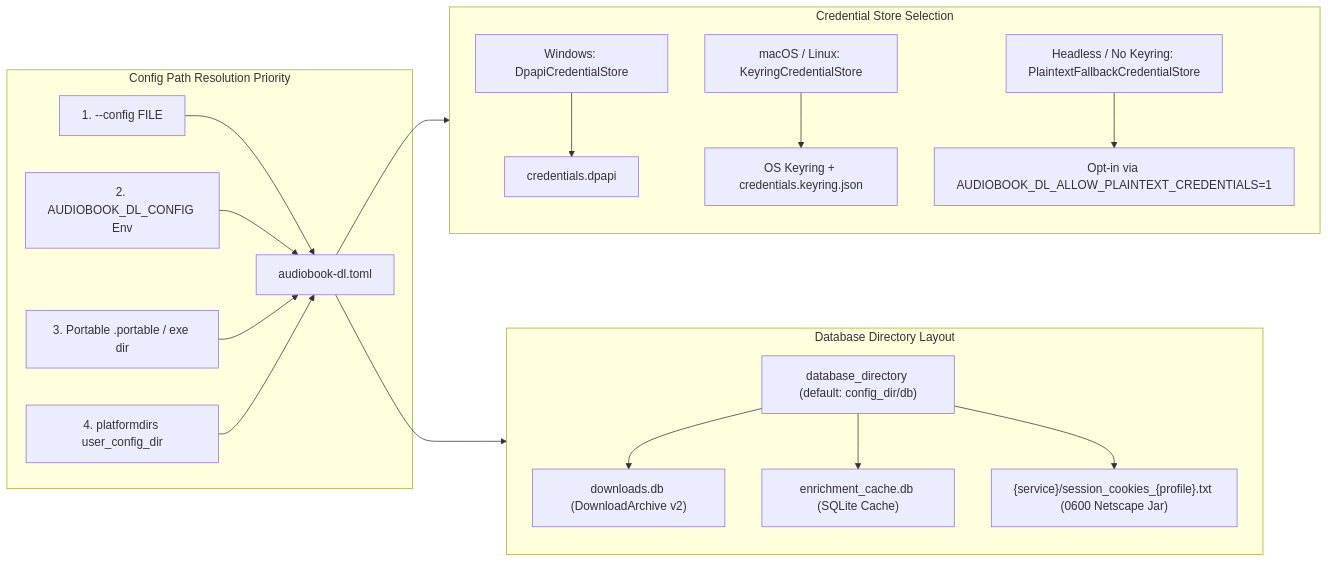
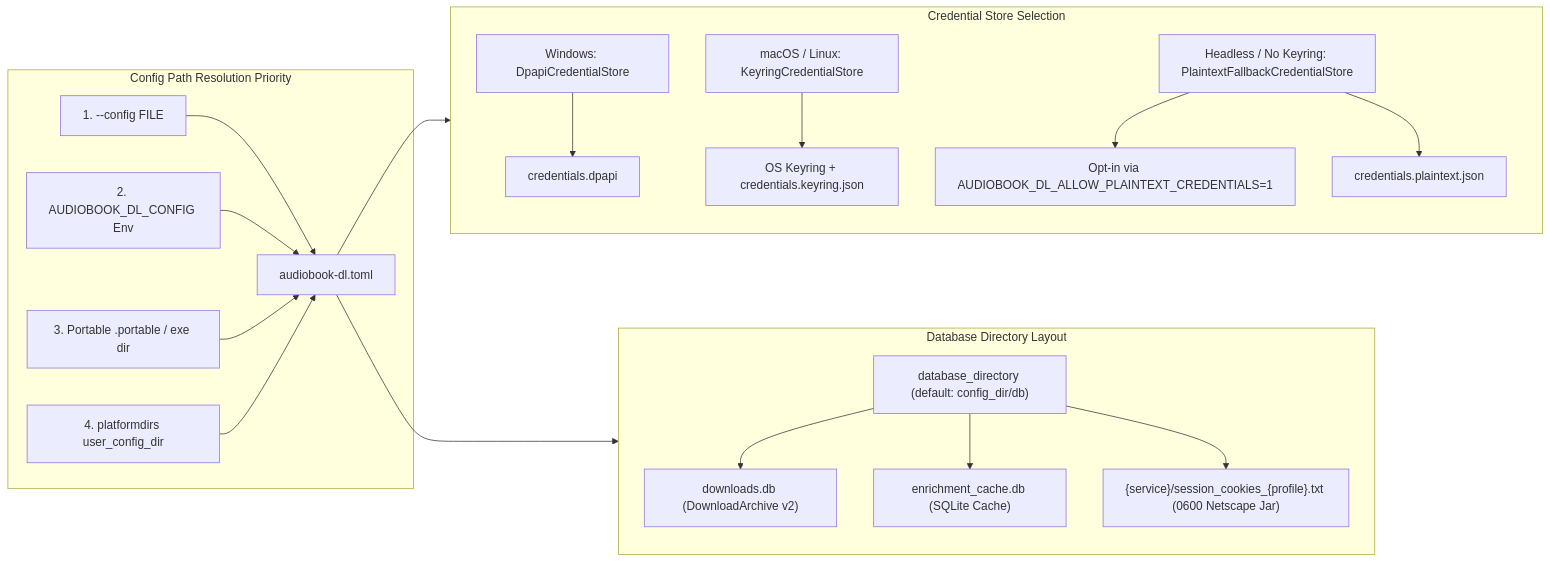
One commit to AndersonDiego42/audiobook-dl changed the second of 2 diagrams in docs/architecture.md. Above: the diagram before and after it, drawn with Mermaid. The commit also changed other lines of this file and 133 other files, not shown here.

First line of the commit message:
refactor: decompose core/GUI monoliths and decouple GuiBinding from options schema

````diff
--- a/docs/architecture.md
+++ b/docs/architecture.md
@@ -107,24 +118,25 @@
 ```mermaid
 flowchart LR
     subgraph Resolution["Config Path Resolution Priority"]
         P1["1. --config FILE"] --> CFGFILE["audiobook-dl.toml"]
         P2["2. AUDIOBOOK_DL_CONFIG Env"] --> CFGFILE
         P3["3. Portable .portable / exe dir"] --> CFGFILE
         P4["4. platformdirs user_config_dir"] --> CFGFILE
     end
 
     subgraph Secrets["Credential Store Selection"]
         WIN["Windows: DpapiCredentialStore"] --> VAULT["credentials.dpapi"]
         NIX["macOS / Linux: KeyringCredentialStore"] --> KEYRING["OS Keyring + credentials.keyring.json"]
         HEADLESS["Headless / No Keyring: PlaintextFallbackCredentialStore"] --> ENVOPT["Opt-in via AUDIOBOOK_DL_ALLOW_PLAINTEXT_CREDENTIALS=1"]
+        HEADLESS --> PVAULT["credentials.plaintext.json"]
     end
 
     subgraph Data["Database Directory Layout"]
         DBDIR["database_directory (default: config_dir/db)"] --> LEDGER["downloads.db (DownloadArchive v2)"]
         DBDIR --> ECACHE["enrichment_cache.db (SQLite Cache)"]
         DBDIR --> SCACHE["{service}/session_cookies_{profile}.txt (0600 Netscape Jar)"]
     end
 
     CFGFILE --> Secrets
     CFGFILE --> Data
 ```
````
